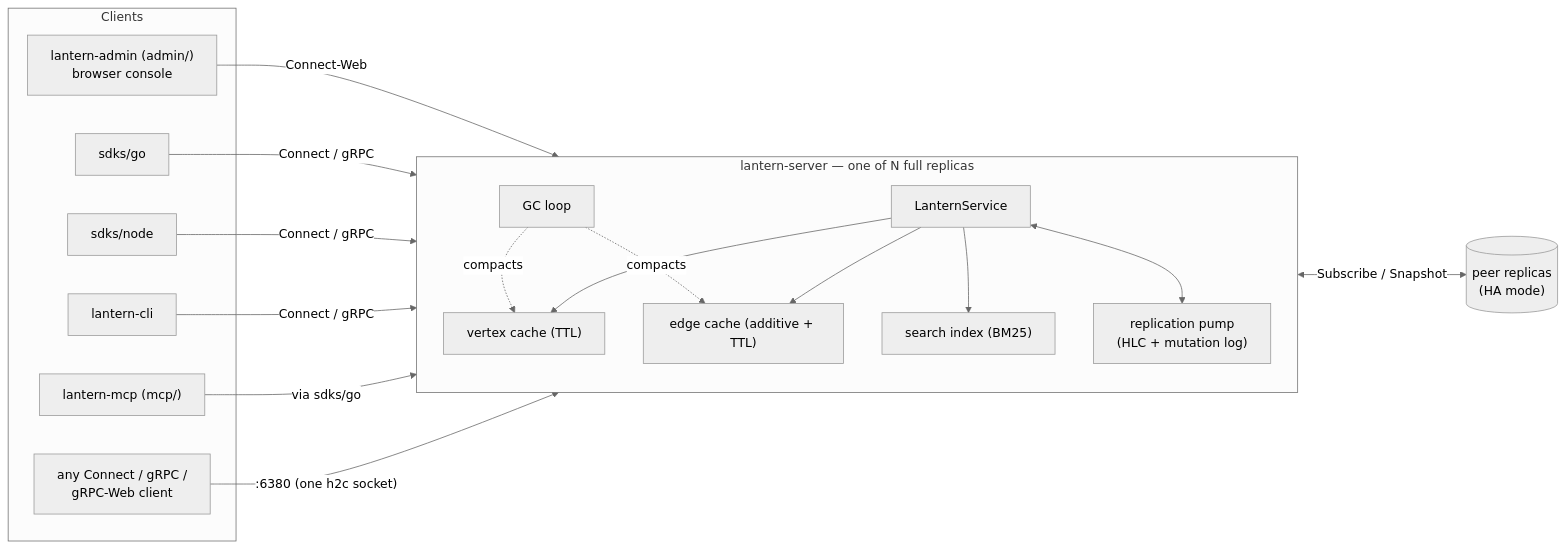
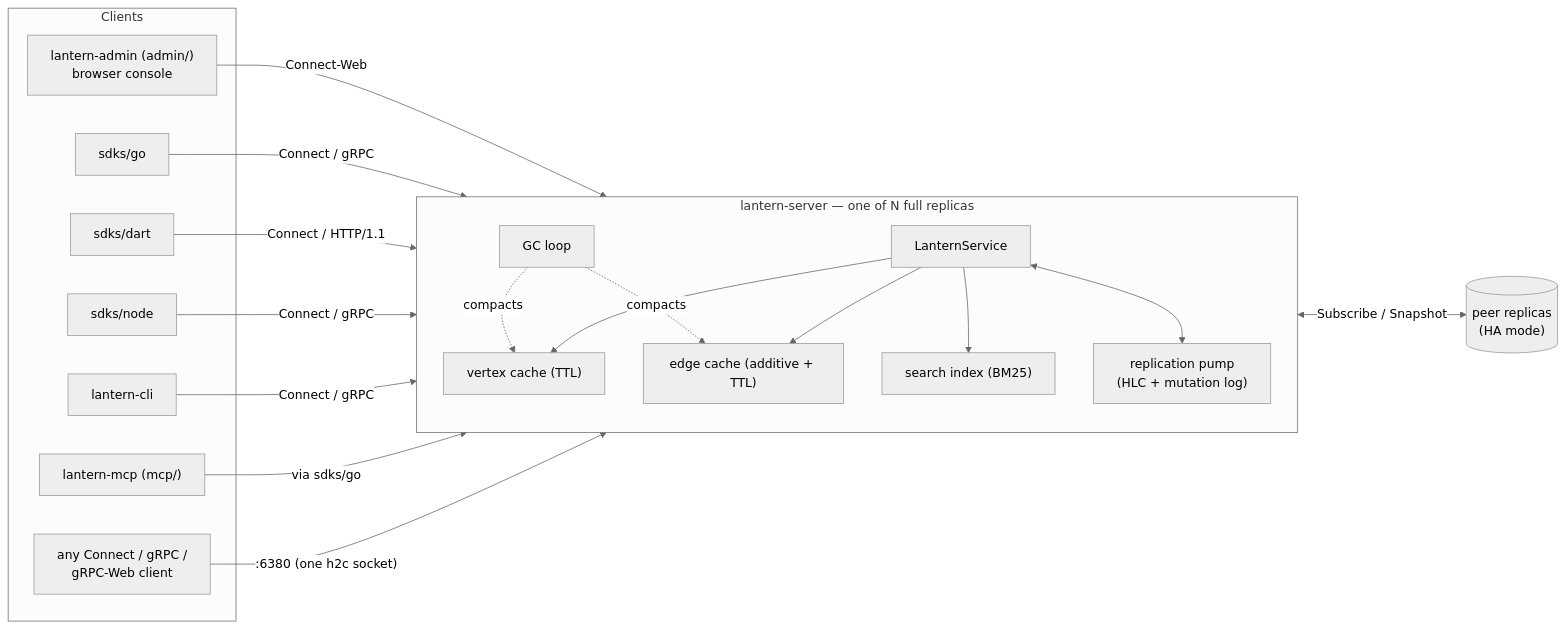
Before and after one commit to anaregdesign/lantern: the seventh of 7 diagrams in README.md, drawn with Mermaid (neutral theme). The commit also changed other lines of this file and 34 other files, not shown here.

Commit message:
build(sdks/dart): scaffold official client package (#1035)

````diff
--- a/README.md
+++ b/README.md
@@ -478,37 +486,39 @@
 ```mermaid
 flowchart LR
     subgraph Clients
         Admin["lantern-admin (admin/)<br/>browser console"]
         GoSDK["sdks/go"]
+        DartSDK["sdks/dart"]
         NodeSDK["sdks/node"]
         CLI["lantern-cli"]
         MCP["lantern-mcp (mcp/)"]
         Other3P["any Connect / gRPC /<br/>gRPC-Web client"]
     end
 
     Admin   -->|Connect-Web| SVC
     GoSDK   -->|Connect / gRPC| SVC
+    DartSDK -->|Connect / HTTP/1.1| SVC
     NodeSDK -->|Connect / gRPC| SVC
     CLI     -->|Connect / gRPC| SVC
     MCP     -->|via sdks/go| SVC
     Other3P -->|":6380 (one h2c socket)"| SVC
 
     subgraph Server["lantern-server — one of N full replicas"]
         direction TB
         SVC["LanternService"]
         VC["vertex cache (TTL)"]
         EC["edge cache (additive + TTL)"]
         IX["search index (BM25)"]
         W["GC loop"]
         Repl["replication pump<br/>(HLC + mutation log)"]
         SVC --> VC
         SVC --> EC
         SVC --> IX
         W -.compacts.-> VC
         W -.compacts.-> EC
         SVC <--> Repl
     end
 
     Peers[("peer replicas<br/>(HA mode)")]
     Repl <-->|Subscribe / Snapshot| Peers
 ```
````
